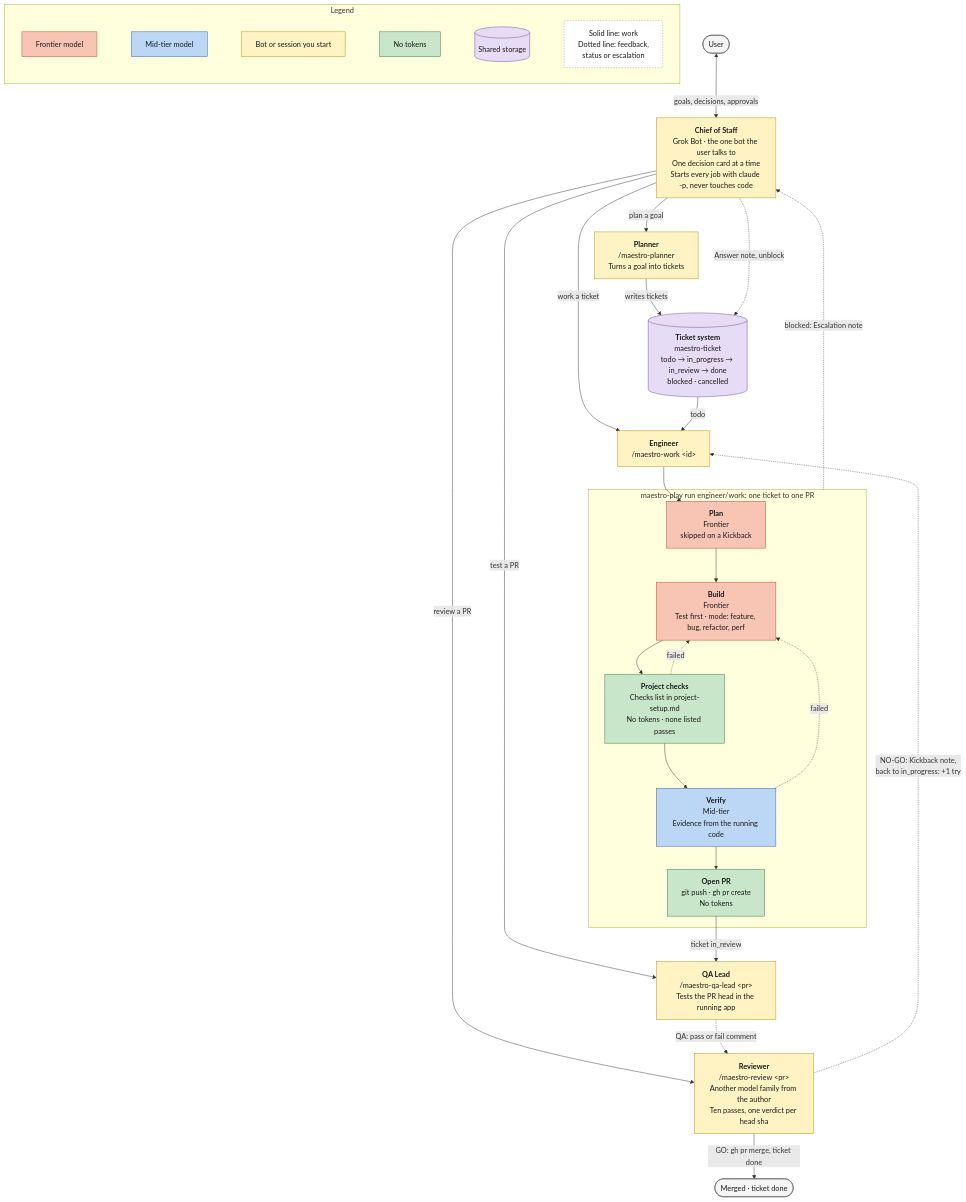
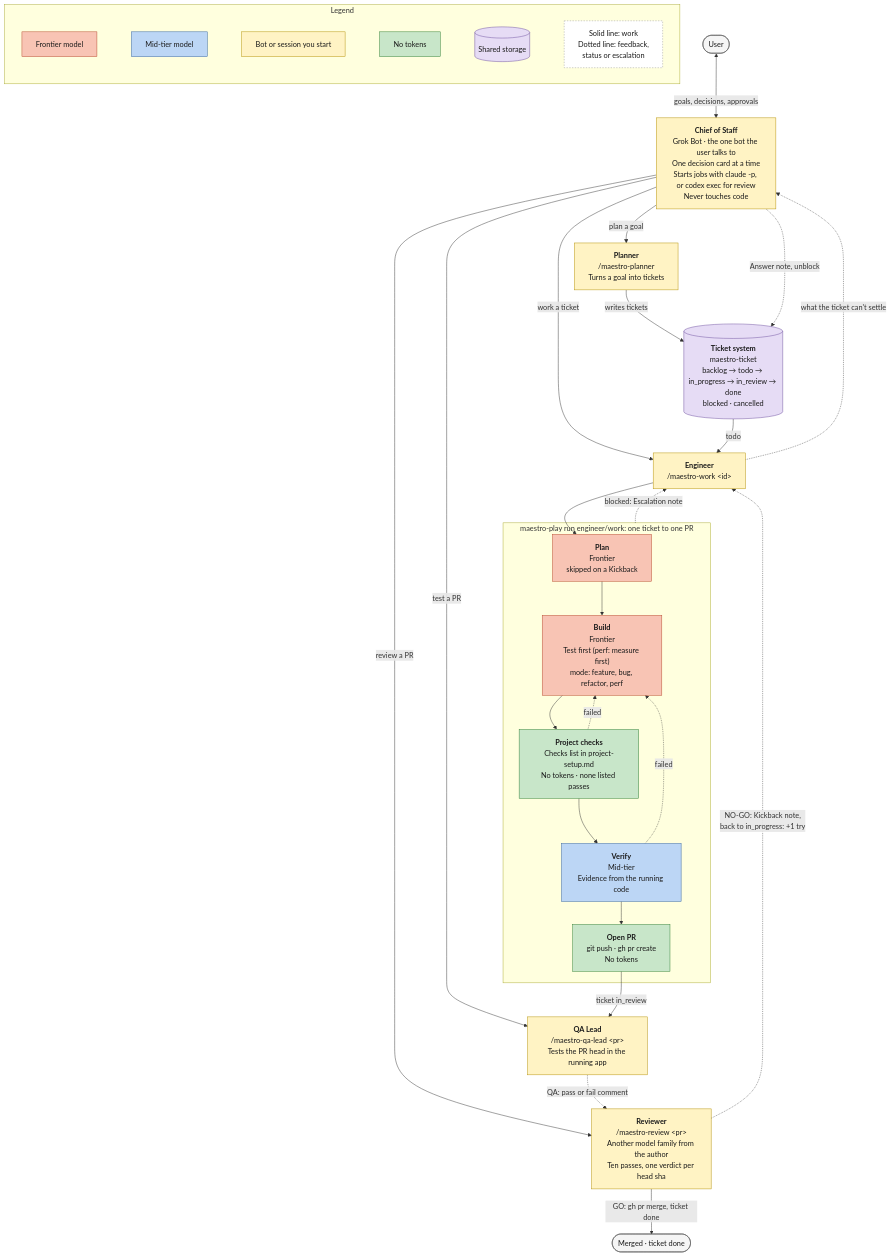
Before and after one commit to ProlesDei/maestro: the diagram in docs/team.mermaid, drawn with Mermaid. The commit also changed 2 other files, not shown here.

Commit message:
Diagrams: fix six details review caught
Codex review goes through codex exec; escalations reach the engineer
first; backlog is a status; perf measures first; maestro-ticket calls
have no timeout; a dirty worktree fails steps rather than refusing
them; partial or unrouted failures also block.

```diff
--- a/docs/team.mermaid
+++ b/docs/team.mermaid
@@ -1,69 +1,70 @@
 flowchart TD
     User([User])
 
-    CoS["<b>Chief of Staff</b><br/>Grok Bot · the one bot the user talks to<br/>One decision card at a time<br/>Starts every job with claude -p, never touches code"]
+    CoS["<b>Chief of Staff</b><br/>Grok Bot · the one bot the user talks to<br/>One decision card at a time<br/>Starts jobs with claude -p, or codex exec for review<br/>Never touches code"]
     Planner["<b>Planner</b><br/>/maestro-planner<br/>Turns a goal into tickets"]
-    Tickets[("<b>Ticket system</b><br/>maestro-ticket<br/>todo → in_progress → in_review → done<br/>blocked · cancelled")]
+    Tickets[("<b>Ticket system</b><br/>maestro-ticket<br/>backlog → todo → in_progress → in_review → done<br/>blocked · cancelled")]
 
     Eng["<b>Engineer</b><br/>/maestro-work &lt;id&gt;"]
 
     subgraph Work ["maestro-play run engineer/work: one ticket to one PR"]
         Plan["<b>Plan</b><br/>Frontier<br/>skipped on a Kickback"]
-        Build["<b>Build</b><br/>Frontier<br/>Test first · mode: feature, bug, refactor, perf"]
+        Build["<b>Build</b><br/>Frontier<br/>Test first (perf: measure first)<br/>mode: feature, bug, refactor, perf"]
         Checks["<b>Project checks</b><br/>Checks list in project-setup.md<br/>No tokens · none listed passes"]
         Verify["<b>Verify</b><br/>Mid-tier<br/>Evidence from the running code"]
         PR["<b>Open PR</b><br/>git push · gh pr create<br/>No tokens"]
     end
 
     QA["<b>QA Lead</b><br/>/maestro-qa-lead &lt;pr&gt;<br/>Tests the PR head in the running app"]
     Rev["<b>Reviewer</b><br/>/maestro-review &lt;pr&gt;<br/>Another model family from the author<br/>Ten passes, one verdict per head sha"]
     Done([Merged · ticket done])
 
     %% User and Chief of Staff
     User <-->|"goals, decisions, approvals"| CoS
 
     %% The Chief of Staff starts each job
     CoS -->|"plan a goal"| Planner
     CoS -->|"work a ticket"| Eng
     CoS -->|"test a PR"| QA
     CoS -->|"review a PR"| Rev
 
     %% Planning
     Planner -->|"writes tickets"| Tickets
     Tickets -->|"todo"| Eng
 
     %% Build
     Eng --> Plan --> Build --> Checks --> Verify --> PR
     Checks -.->|"failed"| Build
     Verify -.->|"failed"| Build
-    Work -.->|"blocked: Escalation note"| CoS
+    Work -.->|"blocked: Escalation note"| Eng
+    Eng -.->|"what the ticket can't settle"| CoS
     CoS -.->|"Answer note, unblock"| Tickets
 
     %% Test and review
     PR -->|"ticket in_review"| QA
     QA -.->|"QA: pass or fail comment"| Rev
     Rev -->|"GO: gh pr merge, ticket done"| Done
     Rev -.->|"NO-GO: Kickback note,<br/>back to in_progress: +1 try"| Eng
 
     %% Legend
     subgraph Legend ["Legend"]
         direction LR
         L1["Frontier model"] ~~~ L2["Mid-tier model"] ~~~ L6["Bot or session you start"] ~~~ L3["No tokens"] ~~~ L4[("Shared storage")] ~~~ L5["Solid line: work<br/>Dotted line: feedback,<br/>status or escalation"]
     end
 
     %% Styles by cost tier
     classDef frontier fill:#f8c4b4,stroke:#b5472b,color:#1a1a1a
     classDef mid fill:#bcd6f5,stroke:#2f5f9e,color:#1a1a1a
     classDef free fill:#c8e6c9,stroke:#2e7d32,color:#1a1a1a
     classDef storage fill:#e6dcf5,stroke:#6a4c9c,color:#1a1a1a
     classDef person fill:#f5f5f5,stroke:#555,color:#1a1a1a
     classDef bot fill:#fff3c4,stroke:#b38f00,color:#1a1a1a
     classDef note fill:#ffffff,stroke:#999,color:#1a1a1a,stroke-dasharray:3 3
 
     class Plan,Build,L1 frontier
     class Verify,L2 mid
     class Checks,PR,L3 free
     class Tickets,L4 storage
     class User,Done person
     class CoS,Planner,Eng,QA,Rev,L6 bot
     class L5 note
```
